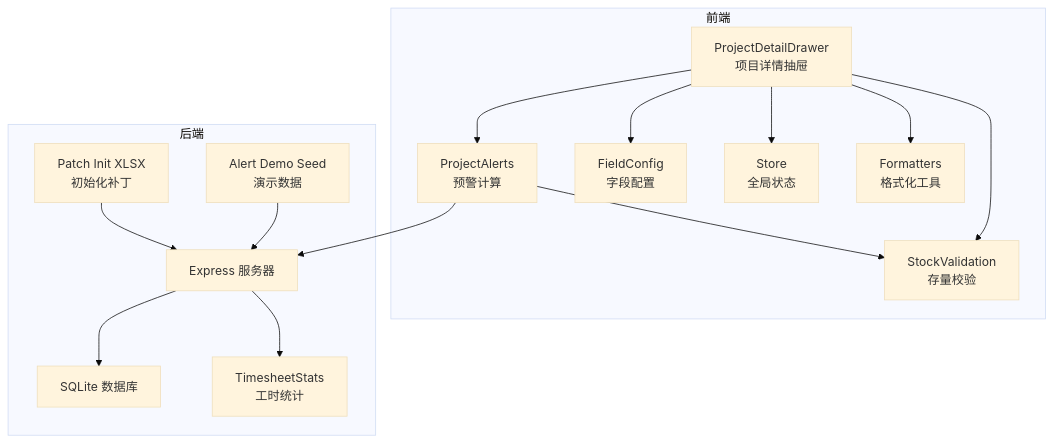
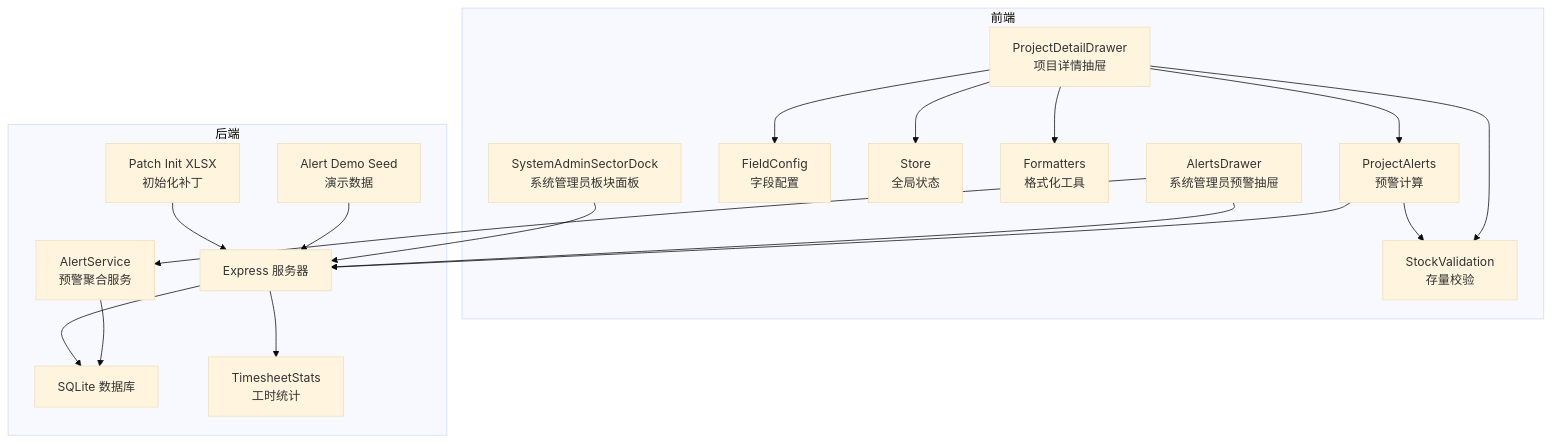
Before and after one commit to marcelxu0272/202605_project-tracking-table: the first of 5 diagrams in .qoder/repowiki/zh/content/核心业务模块/项目预警系统.md, drawn with Mermaid (base theme). The commit also changed other lines of this file and 8 other files, not shown here.

````diff
--- a/.qoder/repowiki/zh/content/核心业务模块/项目预警系统.md
+++ b/.qoder/repowiki/zh/content/核心业务模块/项目预警系统.md
@@ -44,29 +57,36 @@
 ```mermaid
 graph TB
 subgraph "前端"
 Drawer["ProjectDetailDrawer<br/>项目详情抽屉"]
 Alerts["ProjectAlerts<br/>预警计算"]
 Stock["StockValidation<br/>存量校验"]
 Fields["FieldConfig<br/>字段配置"]
 Store["Store<br/>全局状态"]
 Formatter["Formatters<br/>格式化工具"]
+AdminDrawer["AlertsDrawer<br/>系统管理员预警抽屉"]
+SystemDock["SystemAdminSectorDock<br/>系统管理员板块面板"]
 end
 subgraph "后端"
 API["Express 服务器"]
 DB["SQLite 数据库"]
 TSStats["TimesheetStats<br/>工时统计"]
 Seed["Alert Demo Seed<br/>演示数据"]
 Patch["Patch Init XLSX<br/>初始化补丁"]
+AlertService["AlertService<br/>预警聚合服务"]
 end
 Drawer --> Alerts
 Drawer --> Stock
 Drawer --> Fields
 Drawer --> Store
 Drawer --> Formatter
 Alerts --> Stock
 Alerts --> API
+AdminDrawer --> API
+AdminDrawer --> AlertService
+AlertService --> DB
 API --> DB
 API --> TSStats
 Seed --> API
 Patch --> API
+SystemDock --> API
 ```
````
